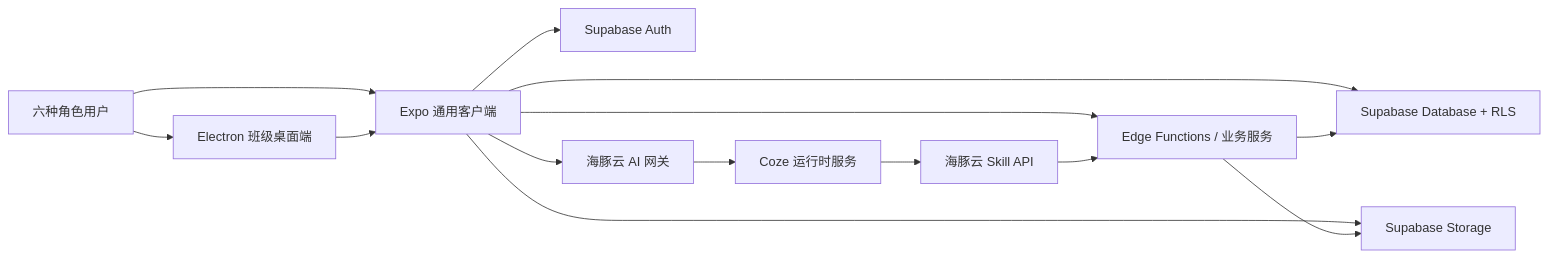
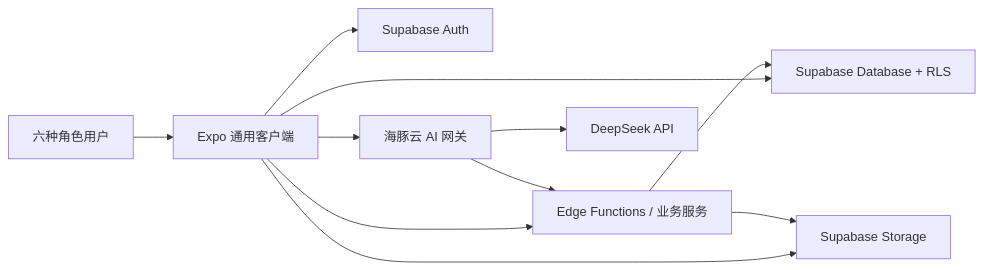
The diagram in docs/02-架构与数据设计.md (HY916-cn/aiy202608-md0037-team-falcons), drawn with Mermaid before and after one commit. The commit also changed other lines of this file and 29 other files, not shown here.

Commit message:
feat(ai): connect AI gateway directly to DeepSeek (#48)

````diff
--- a/docs/02-架构与数据设计.md
+++ b/docs/02-架构与数据设计.md
@@ -5,16 +5,13 @@
 ```mermaid
 flowchart LR
     U["六种角色用户"] --> C["Expo 通用客户端"]
-    U --> E["Electron 班级桌面端"]
-    E --> C
     C --> A["Supabase Auth"]
     C --> D["Supabase Database + RLS"]
     C --> S["Supabase Storage"]
     C --> F["Edge Functions / 业务服务"]
     F --> D
     F --> S
     C --> AI["海豚云 AI 网关"]
-    AI --> Z["Coze 运行时服务"]
-    Z --> SK["海豚云 Skill API"]
-    SK --> F
+    AI --> Z["DeepSeek API"]
+    AI --> F
 ```
````
